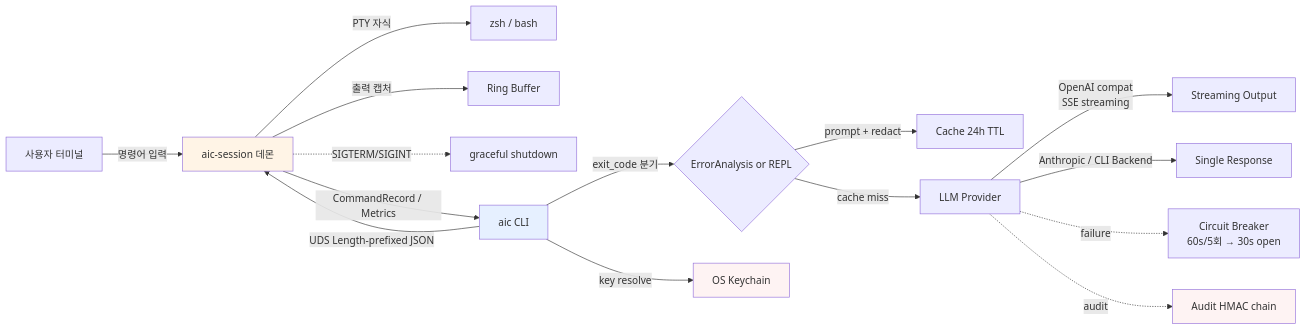
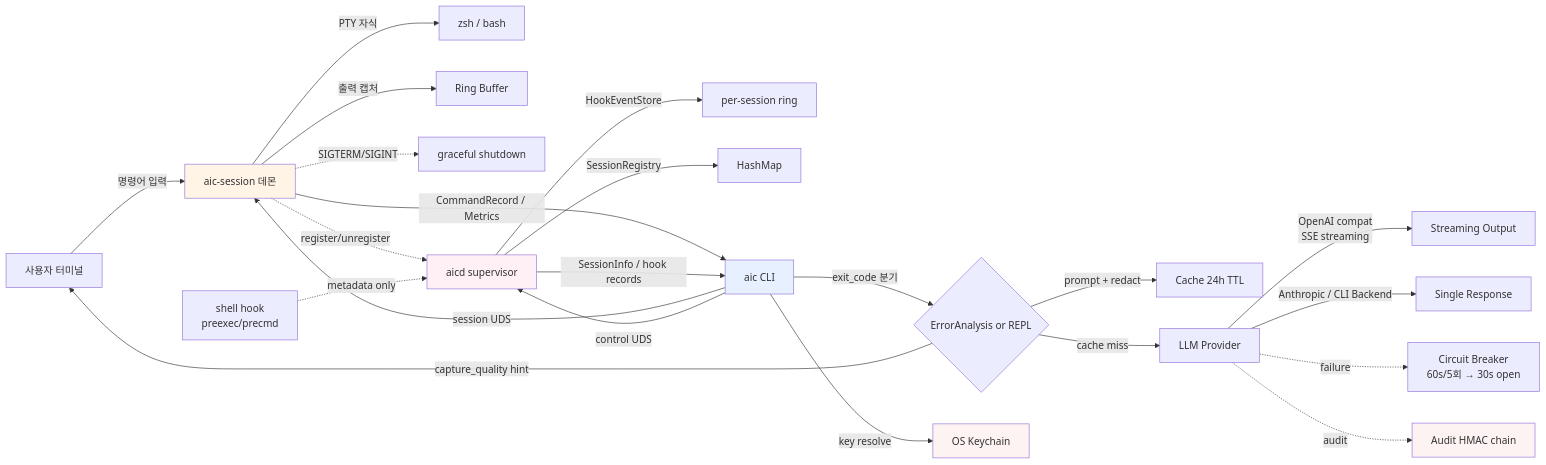
The first of 7 diagrams in ARCHITECTURE.md (x-mesh/aic), drawn with Mermaid before and after one commit. The commit also changed other lines of this file and 2 other files, not shown here.

First line of the commit message:
docs: refresh README/ARCHITECTURE/CHANGELOG for Phase 0~4

````diff
--- a/ARCHITECTURE.md
+++ b/ARCHITECTURE.md
@@ -7,26 +7,35 @@
 ```mermaid
 graph LR
     User[사용자 터미널] -->|명령어 입력| Session[aic-session 데몬]
     Session -->|PTY 자식| Shell[zsh / bash]
     Session -->|출력 캡처| RB[Ring Buffer]
     Session -.SIGTERM/SIGINT.-> Cleanup[graceful shutdown]
 
-    Client[aic CLI] -->|UDS Length-prefixed JSON| Session
+    Session -.register/unregister.-> AICD[aicd supervisor]
+    Hook[shell hook<br/>preexec/precmd] -.metadata only.-> AICD
+    AICD -->|HookEventStore| HEB[per-session ring]
+    AICD -->|SessionRegistry| REG[HashMap]
+
+    Client[aic CLI] -->|session UDS| Session
+    Client -->|control UDS| AICD
     Session -->|CommandRecord / Metrics| Client
+    AICD -->|SessionInfo / hook records| Client
 
     Client -->|exit_code 분기| Branch{ErrorAnalysis or REPL}
+    Branch -->|capture_quality hint| User
     Branch -->|prompt + redact| Cache[Cache 24h TTL]
     Branch -->|cache miss| LLM[LLM Provider]
 
     LLM -->|OpenAI compat<br/>SSE streaming| Stream[Streaming Output]
     LLM -->|Anthropic / CLI Backend| NonStream[Single Response]
     LLM -.failure.-> Circuit[Circuit Breaker<br/>60s/5회 → 30s open]
     LLM -.audit.-> Audit[Audit HMAC chain]
 
     Client -->|key resolve| Keychain[OS Keychain]
 
     style Session fill:#fff4e6
+    style AICD fill:#fff0f5
     style Client fill:#e6f0ff
     style Audit fill:#fef3f3
     style Keychain fill:#fef3f3
 ```
````
